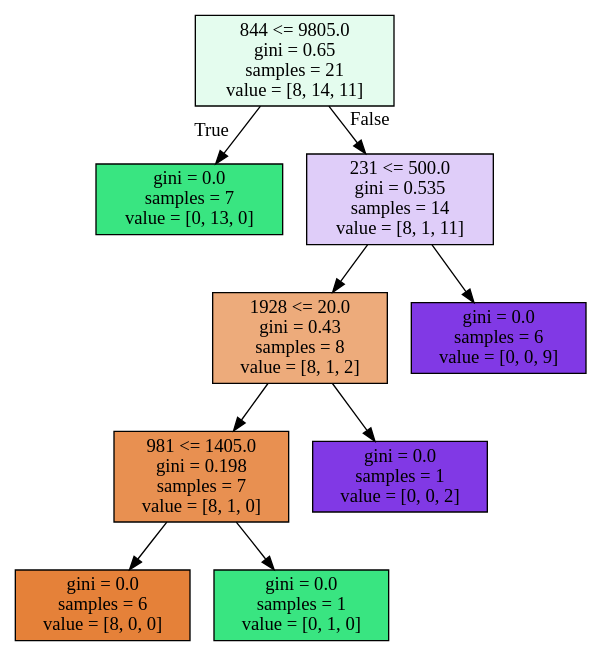
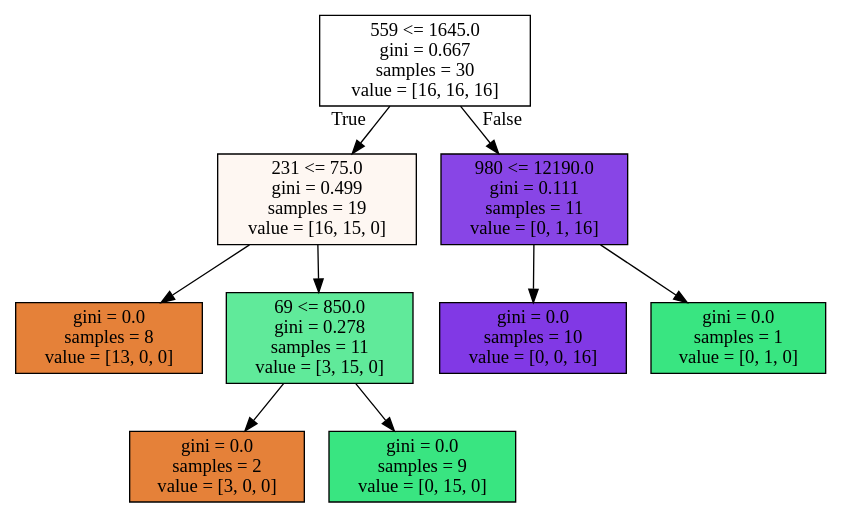
The diagram in analysis/ec2/1_outputs/rf_trees/tree_8.dot (swkang73/ecig), drawn with Graphviz before and after one commit. The commit also changed 225 other files, not shown here.

```diff
--- a/analysis/ec2/1_outputs/rf_trees/tree_8.dot
+++ b/analysis/ec2/1_outputs/rf_trees/tree_8.dot
@@ -1,20 +1,20 @@
 digraph Tree {
 node [shape=box, style="filled", color="black"] ;
-0 [label="844 <= 9805.0\ngini = 0.65\nsamples = 21\nvalue = [8, 14, 11]", fillcolor="#39e58123"] ;
-1 [label="gini = 0.0\nsamples = 7\nvalue = [0, 13, 0]", fillcolor="#39e581ff"] ;
+0 [label="559 <= 1645.0\ngini = 0.667\nsamples = 30\nvalue = [16, 16, 16]", fillcolor="#e5813900"] ;
+1 [label="231 <= 75.0\ngini = 0.499\nsamples = 19\nvalue = [16, 15, 0]", fillcolor="#e5813910"] ;
 0 -> 1 [labeldistance=2.5, labelangle=45, headlabel="True"] ;
-2 [label="231 <= 500.0\ngini = 0.535\nsamples = 14\nvalue = [8, 1, 11]", fillcolor="#8139e540"] ;
-0 -> 2 [labeldistance=2.5, labelangle=-45, headlabel="False"] ;
-3 [label="1928 <= 20.0\ngini = 0.43\nsamples = 8\nvalue = [8, 1, 2]", fillcolor="#e58139aa"] ;
-2 -> 3 ;
-4 [label="981 <= 1405.0\ngini = 0.198\nsamples = 7\nvalue = [8, 1, 0]", fillcolor="#e58139df"] ;
+2 [label="gini = 0.0\nsamples = 8\nvalue = [13, 0, 0]", fillcolor="#e58139ff"] ;
+1 -> 2 ;
+3 [label="69 <= 850.0\ngini = 0.278\nsamples = 11\nvalue = [3, 15, 0]", fillcolor="#39e581cc"] ;
+1 -> 3 ;
+4 [label="gini = 0.0\nsamples = 2\nvalue = [3, 0, 0]", fillcolor="#e58139ff"] ;
 3 -> 4 ;
-5 [label="gini = 0.0\nsamples = 6\nvalue = [8, 0, 0]", fillcolor="#e58139ff"] ;
-4 -> 5 ;
-6 [label="gini = 0.0\nsamples = 1\nvalue = [0, 1, 0]", fillcolor="#39e581ff"] ;
-4 -> 6 ;
-7 [label="gini = 0.0\nsamples = 1\nvalue = [0, 0, 2]", fillcolor="#8139e5ff"] ;
-3 -> 7 ;
-8 [label="gini = 0.0\nsamples = 6\nvalue = [0, 0, 9]", fillcolor="#8139e5ff"] ;
-2 -> 8 ;
+5 [label="gini = 0.0\nsamples = 9\nvalue = [0, 15, 0]", fillcolor="#39e581ff"] ;
+3 -> 5 ;
+6 [label="980 <= 12190.0\ngini = 0.111\nsamples = 11\nvalue = [0, 1, 16]", fillcolor="#8139e5ef"] ;
+0 -> 6 [labeldistance=2.5, labelangle=-45, headlabel="False"] ;
+7 [label="gini = 0.0\nsamples = 10\nvalue = [0, 0, 16]", fillcolor="#8139e5ff"] ;
+6 -> 7 ;
+8 [label="gini = 0.0\nsamples = 1\nvalue = [0, 1, 0]", fillcolor="#39e581ff"] ;
+6 -> 8 ;
 }
```
